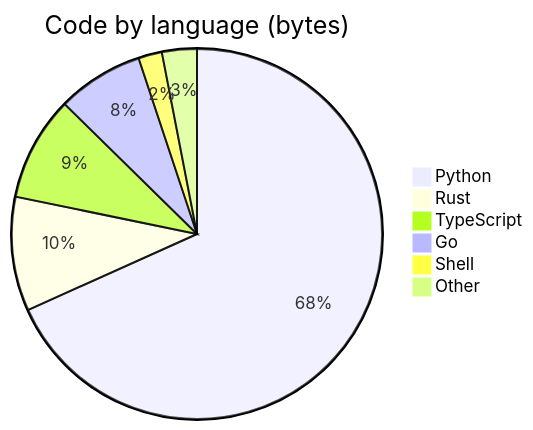
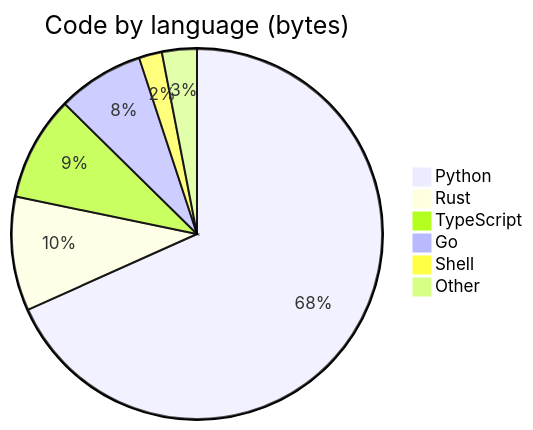
One commit to adeoluo/adeoluo changed the third of 3 diagrams in README.md. Above: the diagram before and after it, drawn with Mermaid. The commit also changed other lines of this file, not shown here.

````diff
--- a/README.md
+++ b/README.md
@@ -282,10 +286,10 @@
 ```mermaid
 pie
   title Code by language (bytes)
   "Python" : 2563884
   "Rust" : 374068
   "TypeScript" : 342399
-  "Go" : 283138
-  "Shell" : 77398
+  "Go" : 284199
+  "Shell" : 75482
   "Other" : 114296
 ```
````
